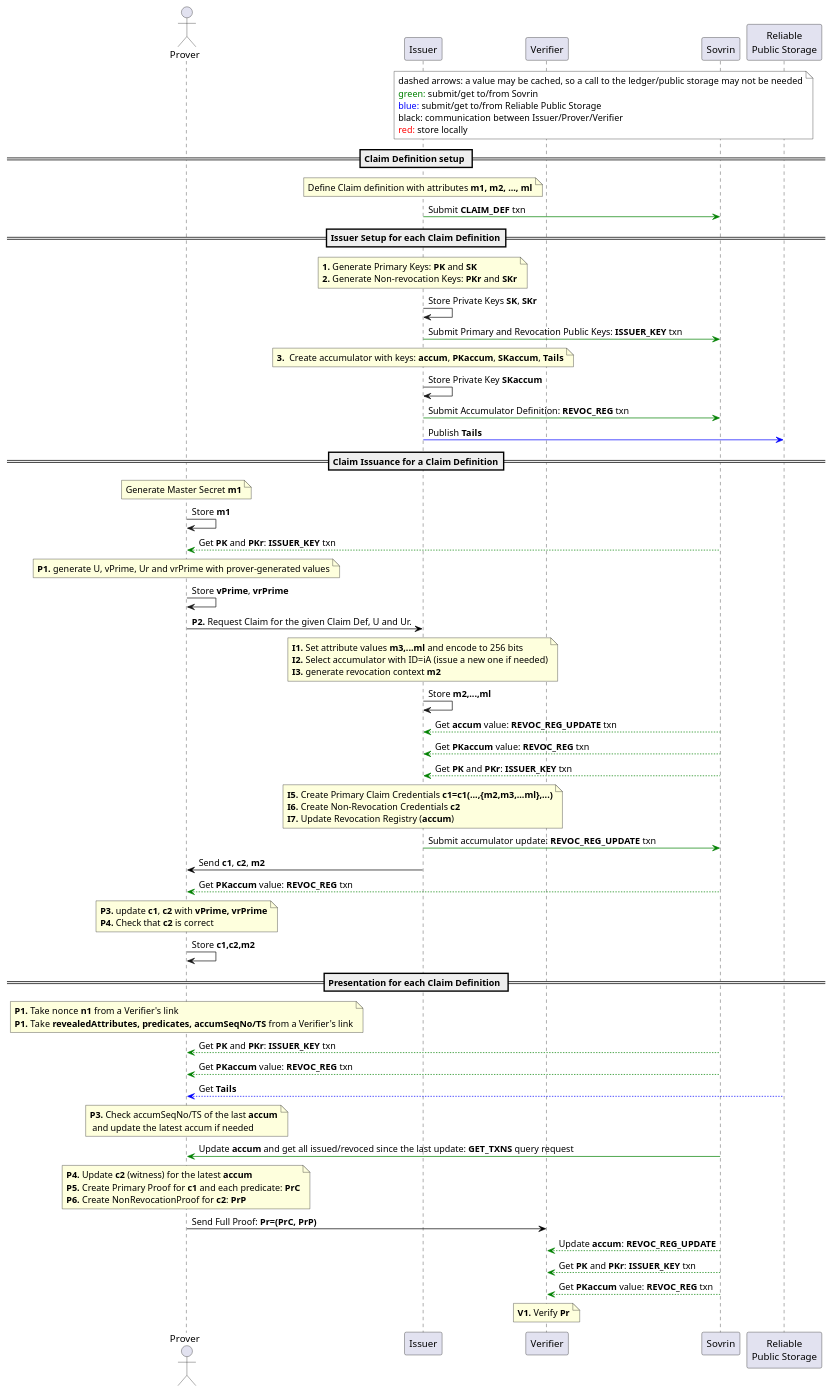
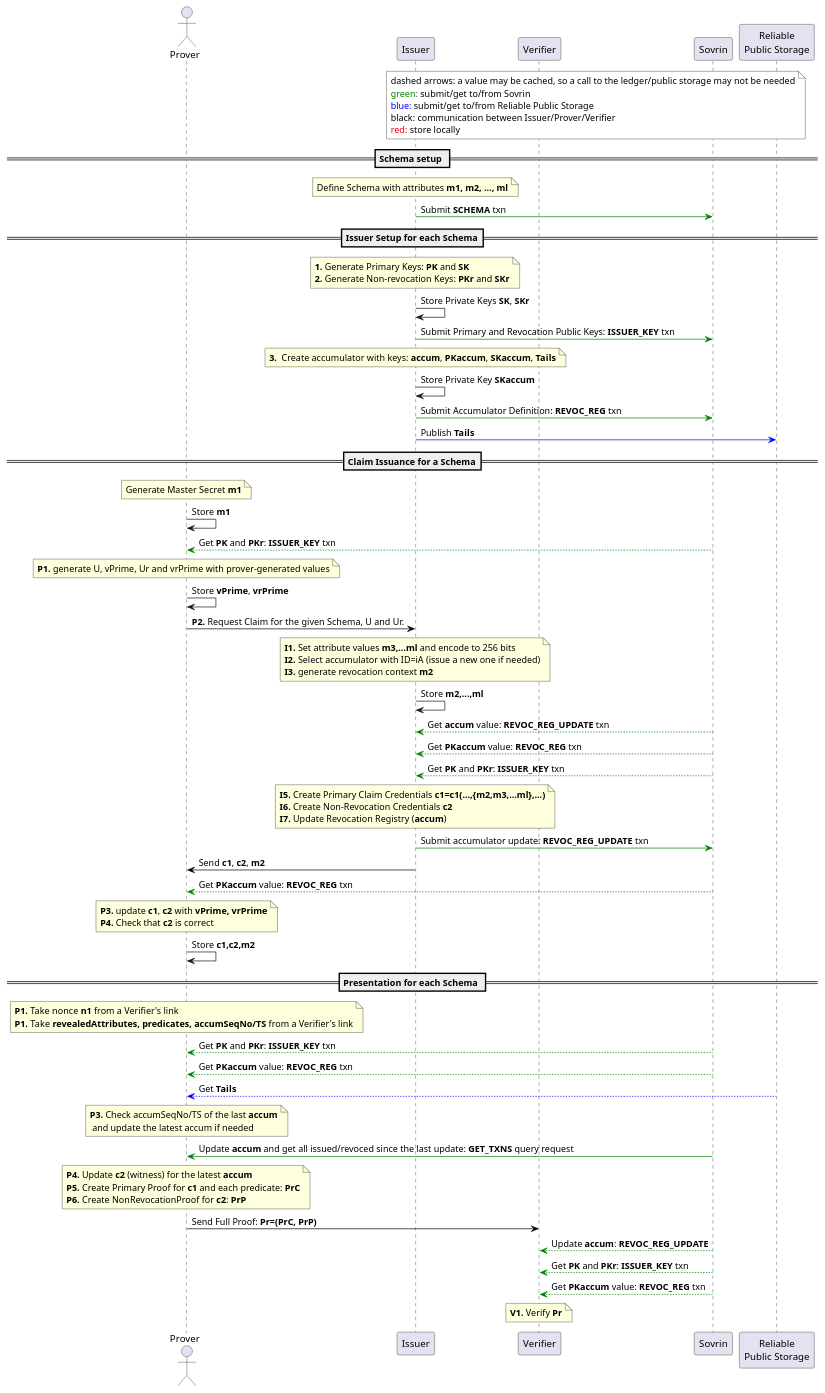
One commit to hyperledger-archives/indy-anoncreds changed the diagram in docs/diagrams/anoncred_seq_sovrin.puml. Above: the diagram before and after it, drawn with PlantUML. The commit also changed 2 other files, not shown here.

Commit message:
use 'schema' instead of 'claim def' in puml diagrams

```diff
--- a/docs/diagrams/anoncred_seq_sovrin.puml
+++ b/docs/diagrams/anoncred_seq_sovrin.puml
@@ -1,125 +1,125 @@
 @startuml
 actor Prover as P
 participant "Issuer" as I
 participant "Verifier" as V
 participant "Sovrin" as S
 participant "Reliable\nPublic Storage" as D
 
 note over I, D #white
     dashed arrows: a value may be cached, so a call to the ledger/public storage may not be needed
     <font color=green>green:</font> submit/get to/from Sovrin
     <font color=blue>blue:</font> submit/get to/from Reliable Public Storage
     black: communication between Issuer/Prover/Verifier
     <font color=red>red:</font> store locally
 endnote
 
-== Claim Definition setup ==
+== Schema setup ==
 
-note over I: Define Claim definition with attributes **m1, m2, ..., ml**
+note over I: Define Schema with attributes **m1, m2, ..., ml**
 
-I -[#green]> S: Submit **CLAIM_DEF** txn
+I -[#green]> S: Submit **SCHEMA** txn
 
-== Issuer Setup for each Claim Definition==
+== Issuer Setup for each Schema==
 
 note over I: **1.** Generate Primary Keys: **PK** and **SK**\n**2.** Generate Non-revocation Keys: **PKr** and **SKr**
 
 I -> I: Store Private Keys **SK**, **SKr**
 
 I -[#green]> S: Submit Primary and Revocation Public Keys: **ISSUER_KEY** txn
 
 
 note over I:**3.**  Create accumulator with keys: **accum**, **PKaccum**, **SKaccum**, **Tails**
 
 I -> I: Store Private Key **SKaccum**
 
 I -[#green]> S: Submit Accumulator Definition: **REVOC_REG** txn
 
 I -[#blue]> D: Publish **Tails**
 
 
-== Claim Issuance for a Claim Definition==
+== Claim Issuance for a Schema==
 
 
 note over P: Generate Master Secret **m1**
 
 P -> P: Store **m1**
 
 S -[#green]-> P: Get **PK** and **PKr**: **ISSUER_KEY** txn
 
 note over P: **P1.** generate U, vPrime, Ur and vrPrime with prover-generated values
 
 P -> P: Store **vPrime**, **vrPrime**
 
-P -[#black]> I: **P2.** Request Claim for the given Claim Def, U and Ur.
+P -[#black]> I: **P2.** Request Claim for the given Schema, U and Ur.
 
 note over I
     **I1.** Set attribute values **m3,...ml** and encode to 256 bits
     **I2.** Select accumulator with ID=iA (issue a new one if needed)
     **I3.** generate revocation context **m2**
 end note
 
 I -> I: Store **m2,...,ml**
 
 S -[#green]-> I: Get **accum** value: **REVOC_REG_UPDATE** txn
 
 S -[#green]-> I: Get **PKaccum** value: **REVOC_REG** txn
 
 S -[#green]-> I: Get **PK** and **PKr**: **ISSUER_KEY** txn
 
 
 note over I
     **I5.** Create Primary Claim Credentials **c1=c1(...,{m2,m3,...ml},...)**
     **I6.** Create Non-Revocation Credentials **c2**
     **I7.** Update Revocation Registry (**accum**)
 end note
 
 I -[#green]> S: Submit accumulator update: **REVOC_REG_UPDATE** txn
 
 I -[#black]> P: Send **c1**, **c2**, **m2**
 
 S -[#green]-> P: Get **PKaccum** value: **REVOC_REG** txn
 
 note over P
     **P3.** update **c1**, **c2** with **vPrime, vrPrime**
     **P4.** Check that **c2** is correct
 end note
 
 P -> P: Store **c1,c2,m2**
 
 
-== Presentation for each Claim Definition ==
+== Presentation for each Schema ==
 
 note over P
     **P1.** Take nonce **n1** from a Verifier's link
     **P1.** Take **revealedAttributes, predicates, accumSeqNo/TS** from a Verifier's link
 end note
 
 S -[#green]-> P: Get **PK** and **PKr**: **ISSUER_KEY** txn
 
 S -[#green]-> P: Get **PKaccum** value: **REVOC_REG** txn
 
 D -[#blue]-> P: Get **Tails**
 
 note over P: **P3.** Check accumSeqNo/TS of the last **accum**\n and update the latest accum if needed
 
 S -[#green]> P: Update **accum** and get all issued/revoced since the last update: **GET_TXNS** query request
 
 note over P
     **P4.** Update **c2** (witness) for the latest **accum**
     **P5.** Create Primary Proof for **c1** and each predicate: **PrC**
     **P6.** Create NonRevocationProof for **c2**: **PrP**
 end note
 
 P -[#black]> V: Send Full Proof: **Pr=(PrC, PrP)**
 
 S -[#green]-> V: Update **accum**: **REVOC_REG_UPDATE**
 
 S -[#green]-> V: Get **PK** and **PKr**: **ISSUER_KEY** txn
 
 S -[#green]-> V: Get **PKaccum** value: **REVOC_REG** txn
 
 note over V: **V1.** Verify **Pr**
 
 
 
 @enduml
```
